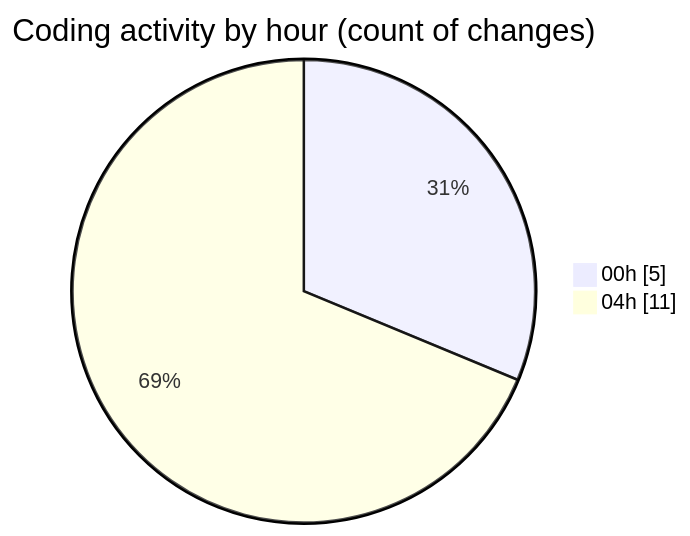
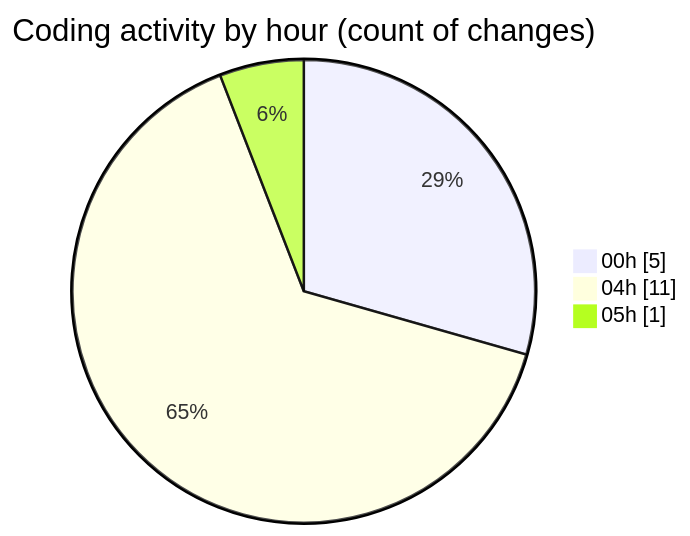
One commit to idhammustaqopulfikri/code-tracking changed the second of 2 diagrams in 2025-03-28/autodidak/README.md. Above: the diagram before and after it, drawn with Mermaid. The commit also changed other lines of this file and 1 other file, not shown here.

````diff
--- a/2025-03-28/autodidak/README.md
+++ b/2025-03-28/autodidak/README.md
@@ -32,6 +32,7 @@
 ```mermaid
 pie showData
 title Coding activity by hour (count of changes)
 "00h" : 5
 "04h" : 11
+"05h" : 1
 ```
````
